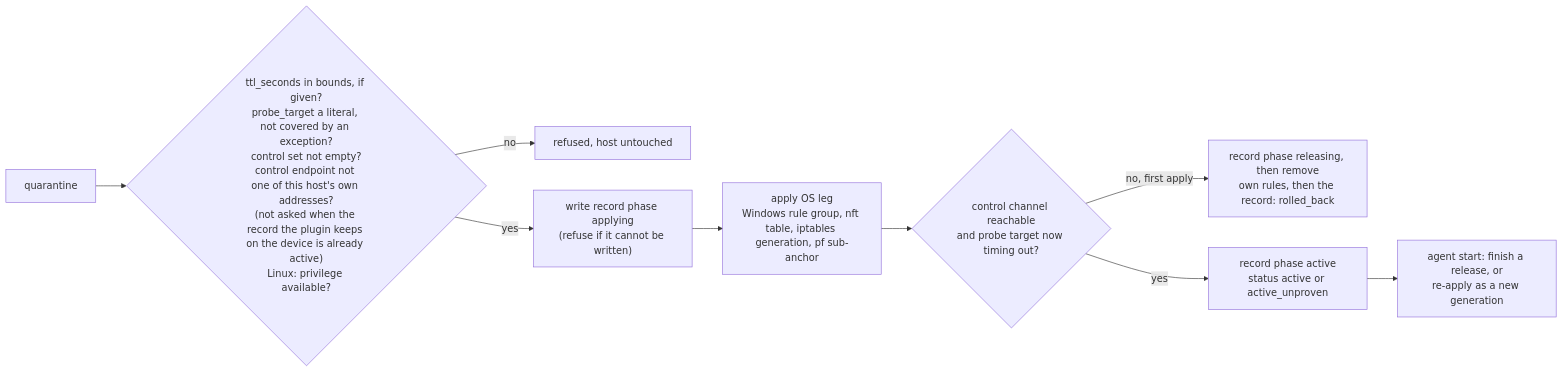
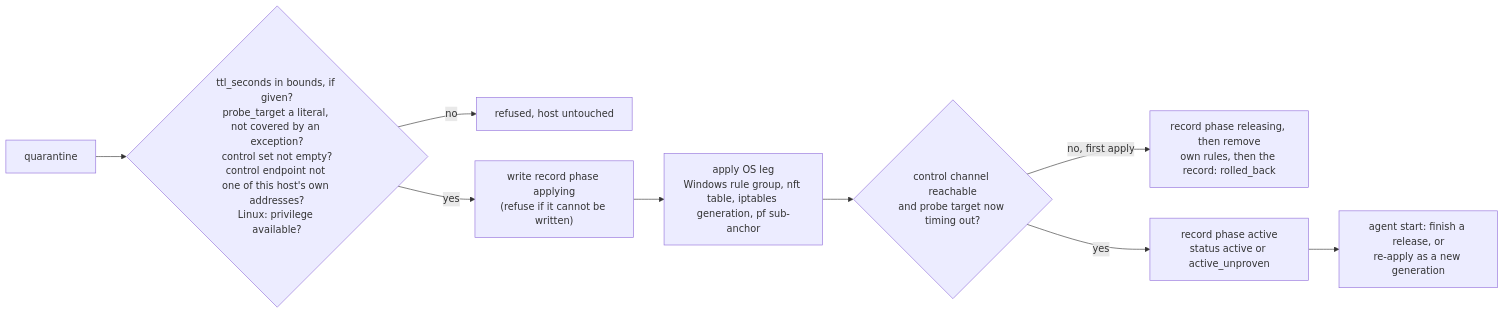
Before and after one commit to DevNullLtd/Yuzu: the second of 4 diagrams in agents/plugins/firewall/README.md, drawn with Mermaid. The commit also changed other lines of this file and 12 other files, not shown here.

First line of the commit message:
gate-fix: owner ruling (the self-host check also refuses a retry on an active record)

````diff
--- a/agents/plugins/firewall/README.md
+++ b/agents/plugins/firewall/README.md
@@ -61,11 +61,11 @@
 ```mermaid
 flowchart LR
-  Q["quarantine"] --> V{"ttl_seconds in bounds, if given?<br/>probe_target a literal, not covered by an exception?<br/>control set not empty?<br/>control endpoint not one of this host's own addresses?<br/>(not asked when the record the plugin keeps on the device is already active)<br/>Linux: privilege available?"}
+  Q["quarantine"] --> V{"ttl_seconds in bounds, if given?<br/>probe_target a literal, not covered by an exception?<br/>control set not empty?<br/>control endpoint not one of this host's own addresses?<br/>Linux: privilege available?"}
   V -- "no" --> R["refused, host untouched"]
   V -- "yes" --> REC["write record phase applying<br/>(refuse if it cannot be written)"]
   REC --> AP["apply OS leg<br/>Windows rule group, nft table, iptables generation, pf sub-anchor"]
   AP --> VF{"control channel reachable<br/>and probe target now timing out?"}
   VF -- "no, first apply" --> RB["record phase releasing, then remove<br/>own rules, then the record: rolled_back"]
   VF -- "yes" --> ACT["record phase active<br/>status active or active_unproven"]
   ACT --> INIT["agent start: finish a release, or<br/>re-apply as a new generation"]
 ```
````
